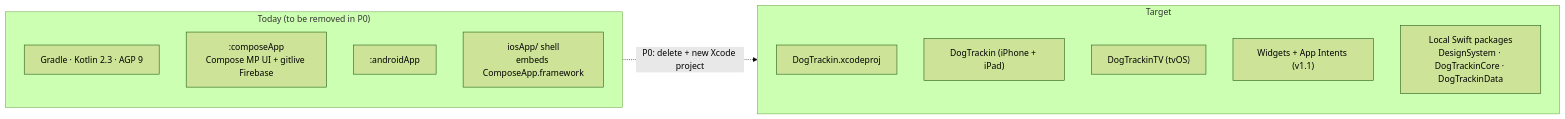
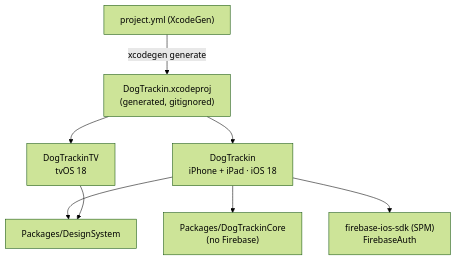
One commit to fiveSpeedMazdarati/Dog-Trackin-KMP changed the first of 5 diagrams in docs/implementation-plan.md. Above: the diagram before and after it, drawn with Mermaid (forest theme). The commit also changed other lines of this file and 99 other files, not shown here.

First line of the commit message:
Replace KMP project with Swift-only XcodeGen project (iOS/tvOS 18)

````diff
--- a/docs/implementation-plan.md
+++ b/docs/implementation-plan.md
@@ -16,17 +14,10 @@
 ```mermaid
-flowchart LR
-  subgraph Before["Today (to be removed in P0)"]
-    G["Gradle · Kotlin 2.3 · AGP 9"]
-    CA[":composeApp<br/>Compose MP UI + gitlive Firebase"]
-    AA[":androidApp"]
-    IS["iosApp/ shell<br/>embeds ComposeApp.framework"]
-  end
-  subgraph After["Target"]
-    XP["DogTrackin.xcodeproj"]
-    APP["DogTrackin (iPhone + iPad)"]
-    TV["DogTrackinTV (tvOS)"]
-    WX["Widgets + App Intents (v1.1)"]
-    PK["Local Swift packages<br/>DesignSystem · DogTrackinCore · DogTrackinData"]
-  end
-  Before -. "P0: delete + new Xcode project" .-> After
+flowchart TB
+  Y["project.yml (XcodeGen)"] -->|xcodegen generate| XP["DogTrackin.xcodeproj<br/>(generated, gitignored)"]
+  XP --> APP["DogTrackin<br/>iPhone + iPad · iOS 18"]
+  XP --> TV["DogTrackinTV<br/>tvOS 18"]
+  APP --> DS["Packages/DesignSystem"]
+  APP --> CORE["Packages/DogTrackinCore<br/>(no Firebase)"]
+  APP --> FB["firebase-ios-sdk (SPM)<br/>FirebaseAuth"]
+  TV --> DS
 ```
````
